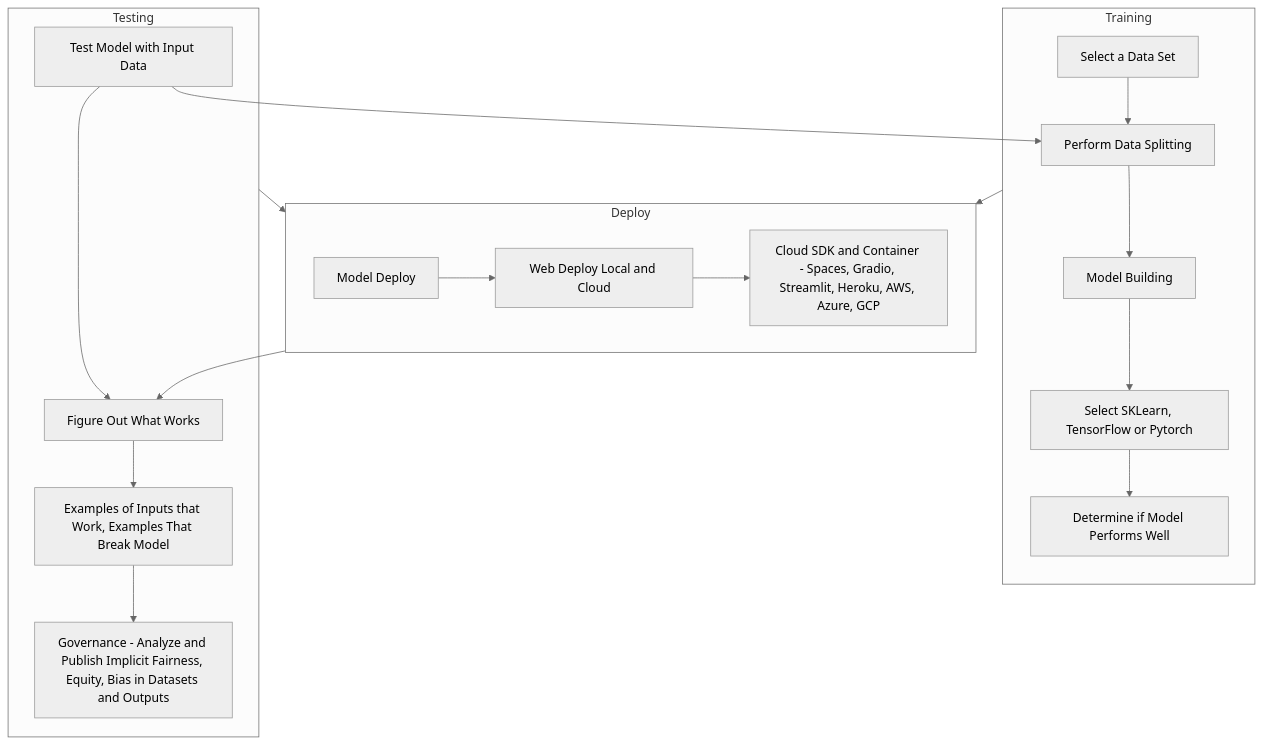
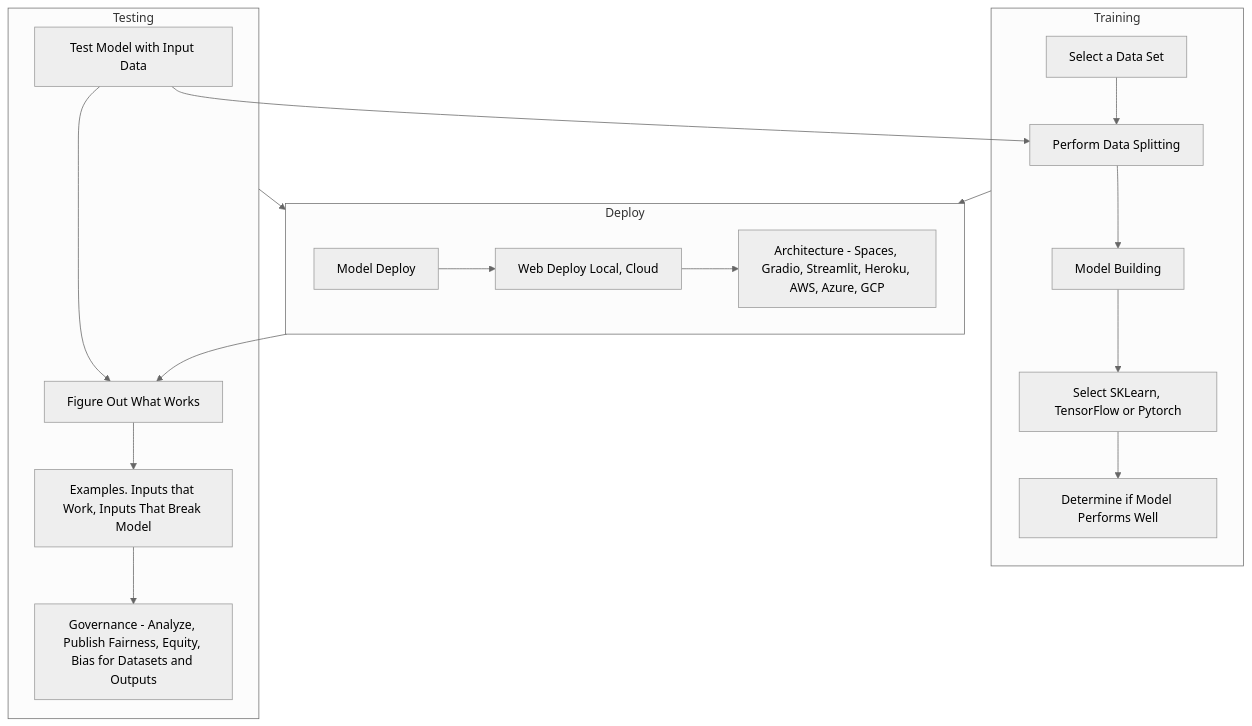
Before and after one commit to AaronCWacker/Yggdrasil: the first of 3 diagrams in README.md, drawn with Mermaid (neutral theme).

````diff
--- a/README.md
+++ b/README.md
@@ -6,22 +6,22 @@
 ```mermaid
 flowchart TB
     c1-->a2
     subgraph one[Training]
     a1[Select a Data Set]-->a2[Perform Data Splitting]
     a2-->a3[Model Building]
     a3-->a4[Select SKLearn, TensorFlow or Pytorch]
     a4-->a5[Determine if Model Performs Well]
     end
     subgraph two[Deploy]
-    b1[Model Deploy]-->b2[Web Deploy Local and Cloud]
-    b2-->b3[Cloud SDK and Container - Spaces, Gradio, Streamlit, Heroku, AWS, Azure, GCP]
+    b1[Model Deploy]-->b2[Web Deploy Local, Cloud]
+    b2-->b3[Architecture - Spaces, Gradio, Streamlit, Heroku, AWS, Azure, GCP]
     end
     subgraph three[Testing]
     c1[Test Model with Input Data]-->c2[Figure Out What Works]
-    c2-->c3[Examples of Inputs that Work, Examples That Break Model]
-    c3-->c4[Governance - Analyze and Publish Implicit Fairness, Equity, Bias in Datasets and Outputs]
+    c2-->c3[Examples. Inputs that Work, Inputs That Break Model]
+    c3-->c4[Governance - Analyze, Publish Fairness, Equity, Bias for Datasets and Outputs]
     end
     one --> two
     three --> two
     two --> c2
 ```
````
